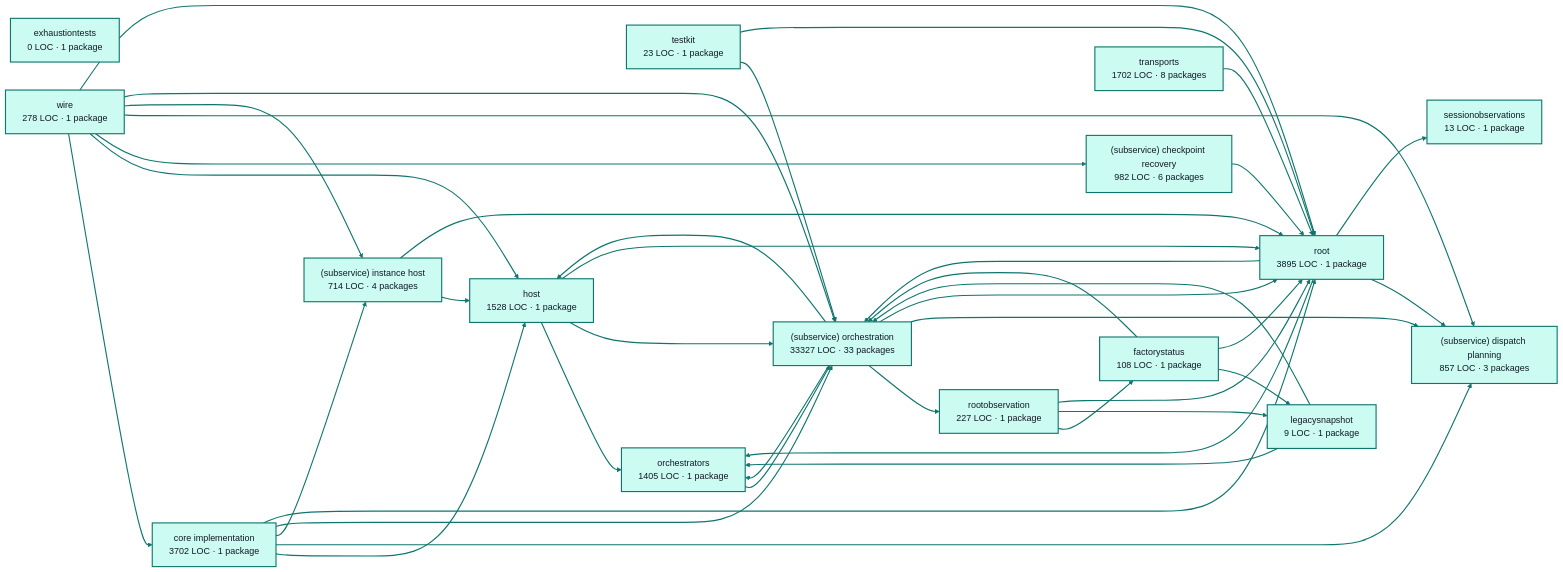
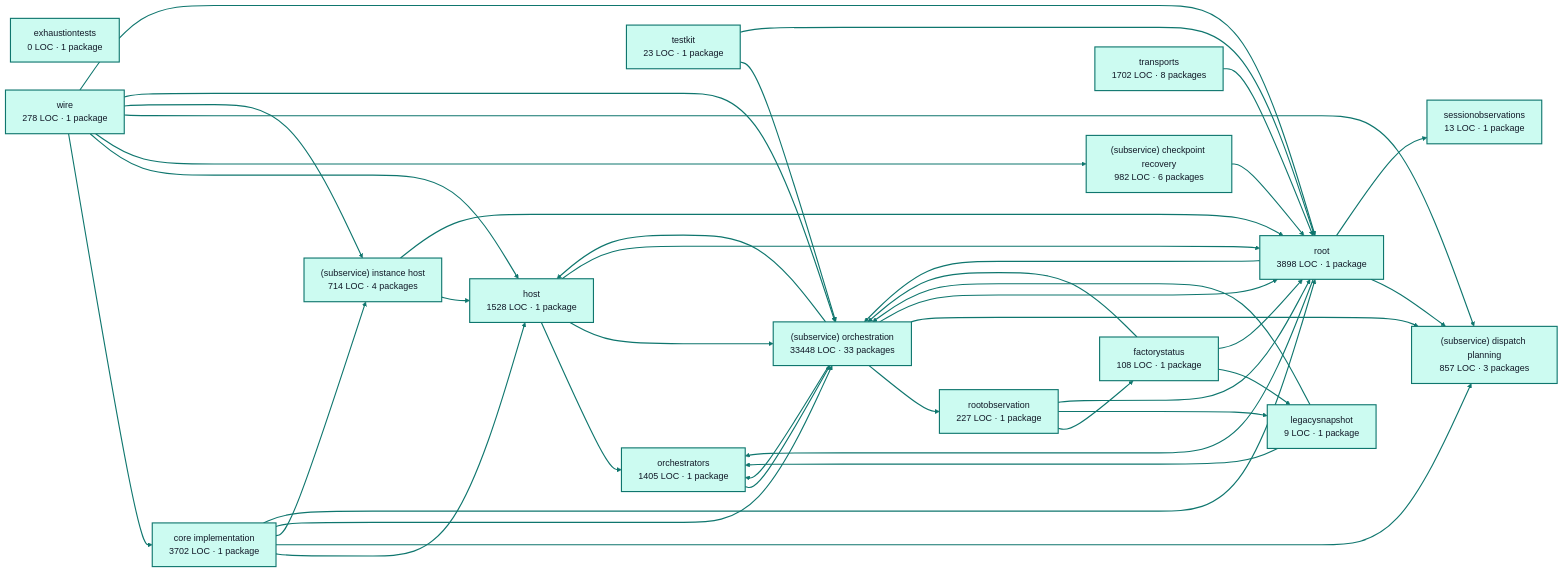
One commit to portpowered/you-agent-factory changed the diagram in docs/architecture/visualizations/services/factory_runtime.md. Above: the diagram before and after it, drawn with Mermaid (base theme). The commit also changed other lines of this file and 20 other files, not shown here.

Commit message:
docs: refresh backend architecture visualizations

````diff
--- a/docs/architecture/visualizations/services/factory_runtime.md
+++ b/docs/architecture/visualizations/services/factory_runtime.md
@@ -11,75 +11,75 @@
 ```mermaid
 flowchart LR
   p0["core implementation<br/>3702 LOC · 1 package"]
   p1["exhaustiontests<br/>0 LOC · 1 package"]
   p2["factorystatus<br/>108 LOC · 1 package"]
   p3["host<br/>1528 LOC · 1 package"]
   p4["legacysnapshot<br/>9 LOC · 1 package"]
   p5["orchestrators<br/>1405 LOC · 1 package"]
   p6["rootobservation<br/>227 LOC · 1 package"]
   p7["(subservice) checkpoint recovery<br/>982 LOC · 6 packages"]
   p8["(subservice) dispatch planning<br/>857 LOC · 3 packages"]
   p9["(subservice) instance host<br/>714 LOC · 4 packages"]
-  p10["(subservice) orchestration<br/>33327 LOC · 33 packages"]
+  p10["(subservice) orchestration<br/>33448 LOC · 33 packages"]
   p11["sessionobservations<br/>13 LOC · 1 package"]
   p12["testkit<br/>23 LOC · 1 package"]
-  p13["root<br/>3895 LOC · 1 package"]
+  p13["root<br/>3898 LOC · 1 package"]
   p14["transports<br/>1702 LOC · 8 packages"]
   p15["wire<br/>278 LOC · 1 package"]
   p0 --> p3
   p0 --> p8
   p0 --> p9
   p0 --> p10
   p0 --> p13
   p2 --> p4
   p2 --> p10
   p2 --> p13
   p3 --> p5
   p3 --> p10
   p3 --> p13
   p4 --> p5
   p4 --> p10
   p5 --> p10
   p6 --> p2
   p6 --> p4
   p6 --> p13
   p7 --> p13
   p9 --> p3
   p9 --> p13
   p10 --> p3
   p10 --> p5
   p10 --> p6
   p10 --> p8
   p10 --> p13
   p12 --> p10
   p12 --> p13
   p13 --> p5
   p13 --> p8
   p13 --> p10
   p13 --> p11
   p14 --> p13
   p15 --> p0
   p15 --> p3
   p15 --> p7
   p15 --> p8
   p15 --> p9
   p15 --> p10
   p15 --> p13
   style p0 fill:#ccfbf1,stroke:#0f766e,stroke-width:2px,color:#111827
   style p1 fill:#ccfbf1,stroke:#0f766e,stroke-width:2px,color:#111827
   style p2 fill:#ccfbf1,stroke:#0f766e,stroke-width:2px,color:#111827
   style p3 fill:#ccfbf1,stroke:#0f766e,stroke-width:2px,color:#111827
   style p4 fill:#ccfbf1,stroke:#0f766e,stroke-width:2px,color:#111827
   style p5 fill:#ccfbf1,stroke:#0f766e,stroke-width:2px,color:#111827
   style p6 fill:#ccfbf1,stroke:#0f766e,stroke-width:2px,color:#111827
   style p7 fill:#ccfbf1,stroke:#0f766e,stroke-width:2px,color:#111827
   style p8 fill:#ccfbf1,stroke:#0f766e,stroke-width:2px,color:#111827
   style p9 fill:#ccfbf1,stroke:#0f766e,stroke-width:2px,color:#111827
   style p10 fill:#ccfbf1,stroke:#0f766e,stroke-width:2px,color:#111827
   style p11 fill:#ccfbf1,stroke:#0f766e,stroke-width:2px,color:#111827
   style p12 fill:#ccfbf1,stroke:#0f766e,stroke-width:2px,color:#111827
   style p13 fill:#ccfbf1,stroke:#0f766e,stroke-width:2px,color:#111827
   style p14 fill:#ccfbf1,stroke:#0f766e,stroke-width:2px,color:#111827
   style p15 fill:#ccfbf1,stroke:#0f766e,stroke-width:2px,color:#111827
   linkStyle default stroke:#0f766e,stroke-width:2px
 ```
````
